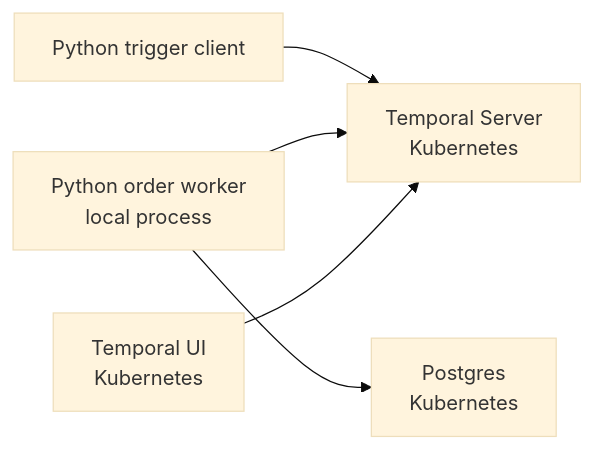
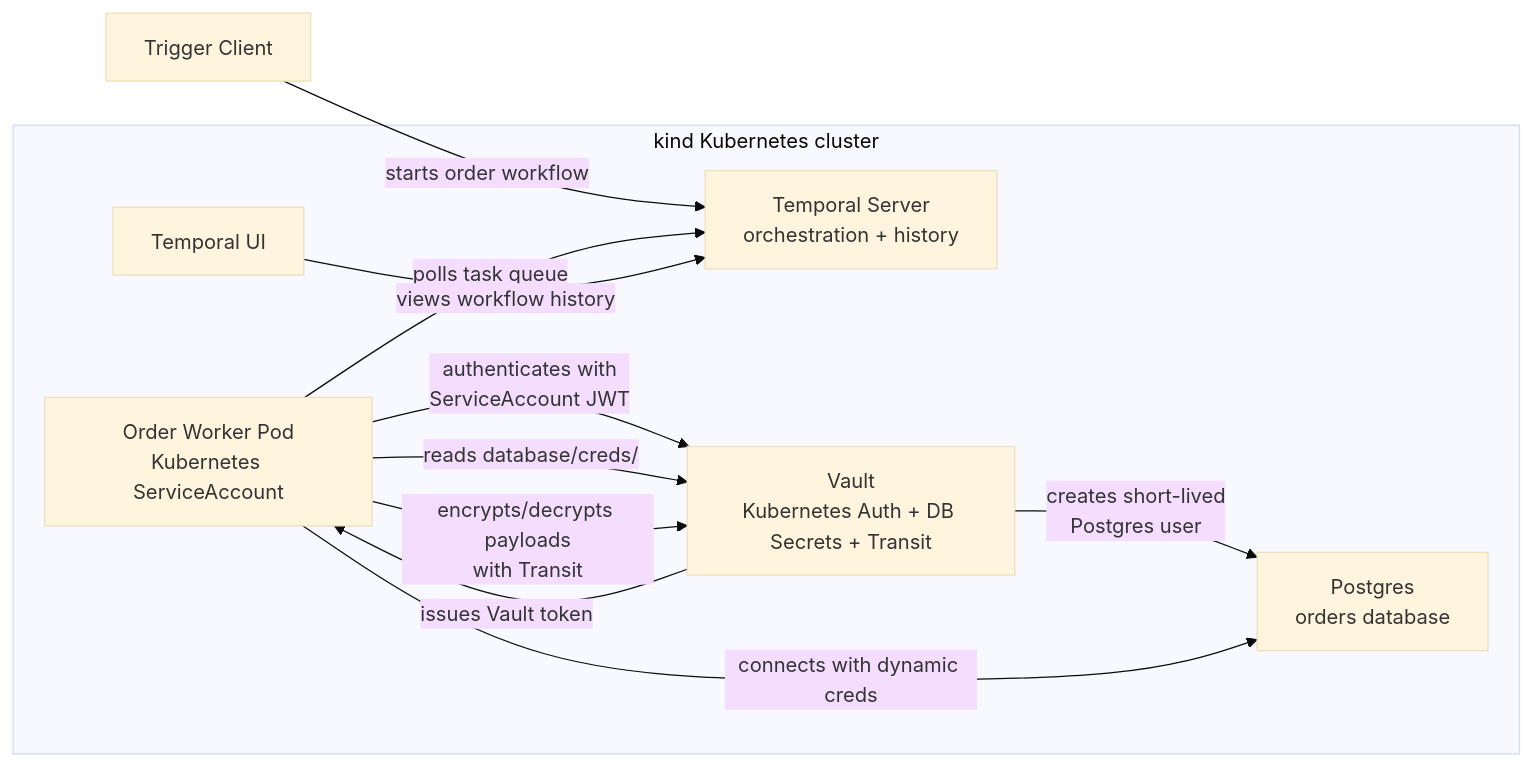
Before and after one commit to kaparora/temporal-vault-k8s-local-demo: the diagram in README.md, drawn with Mermaid (base theme). The commit also changed other lines of this file and 1 other file, not shown here.

Commit message:
Clarify target architecture diagram

````diff
--- a/README.md
+++ b/README.md
@@ -151,7 +151,22 @@
 ```mermaid
 flowchart LR
-    client["Python trigger client"] --> temporal["Temporal Server\nKubernetes"]
-    worker["Python order worker\nlocal process"] --> temporal
-    worker --> postgres["Postgres\nKubernetes"]
-    temporalui["Temporal UI\nKubernetes"] --> temporal
+    client["Trigger Client"] -->|"starts order workflow"| temporal
+
+    subgraph k8s["kind Kubernetes cluster"]
+        temporal["Temporal Server\norchestration + history"]
+        ui["Temporal UI"]
+        worker["Order Worker Pod\nKubernetes ServiceAccount"]
+        vault["Vault\nKubernetes Auth + DB Secrets + Transit"]
+        postgres["Postgres\norders database"]
+    end
+
+    worker -->|"polls task queue"| temporal
+    ui -->|"views workflow history"| temporal
+
+    worker -->|"authenticates with\nServiceAccount JWT"| vault
+    vault -->|"issues Vault token"| worker
+    worker -->|"reads database/creds/<role>"| vault
+    vault -->|"creates short-lived\nPostgres user"| postgres
+    worker -->|"connects with dynamic creds"| postgres
+    worker -->|"encrypts/decrypts payloads\nwith Transit"| vault
 ```
````
